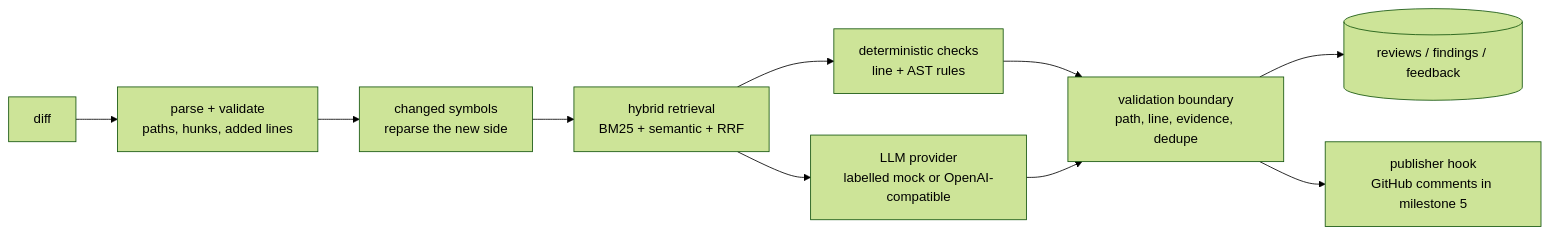
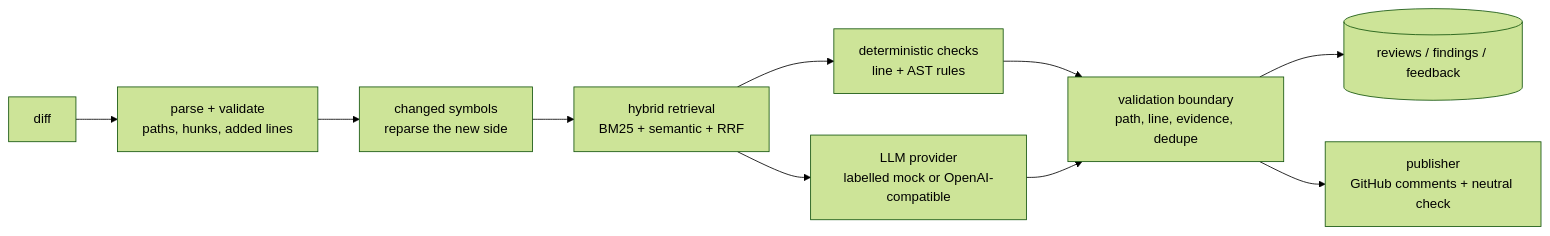
One commit to Prajjwal-21/patchlens changed the diagram in README.md. Above: the diagram before and after it, drawn with Mermaid (forest theme). The commit also changed other lines of this file and 22 other files, not shown here.

Commit message:
Milestone 5: GitHub webhooks, App auth, and publication

````diff
--- a/README.md
+++ b/README.md
@@ -68,12 +68,12 @@
 ```mermaid
 flowchart LR
     A[diff] --> B[parse + validate<br/>paths, hunks, added lines]
     B --> C[changed symbols<br/>reparse the new side]
     C --> D[hybrid retrieval<br/>BM25 + semantic + RRF]
     D --> E[deterministic checks<br/>line + AST rules]
     D --> F[LLM provider<br/>labelled mock or OpenAI-compatible]
     E --> G[validation boundary<br/>path, line, evidence, dedupe]
     F --> G
     G --> H[(reviews / findings / feedback)]
-    G --> I[publisher hook<br/>GitHub comments in milestone 5]
+    G --> I[publisher<br/>GitHub comments + neutral check]
 ```
````
